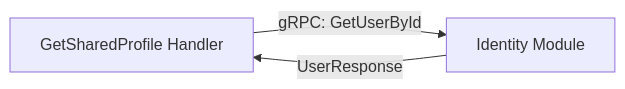
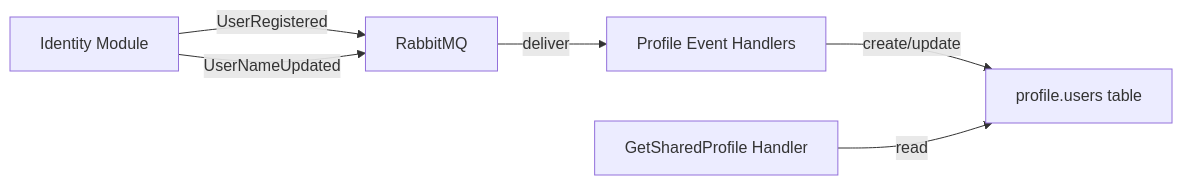
Before and after one commit to AbanoubPhelopos/TailorCV: the first of 3 diagrams in docs/features/profile/get-shared-profile.md, drawn with Mermaid. The commit also changed other lines of this file and 189 other files, not shown here.

````diff
--- a/docs/features/profile/get-shared-profile.md
+++ b/docs/features/profile/get-shared-profile.md
@@ -89,5 +98,8 @@
 ```mermaid
 graph LR
-    A[GetSharedProfile Handler] -->|gRPC: GetUserById| B[Identity Module]
-    B -->|UserResponse| A
+    A[Identity Module] -->|UserRegistered| B[RabbitMQ]
+    A -->|UserNameUpdated| B
+    B -->|deliver| C[Profile Event Handlers]
+    C -->|create/update| D[profile.users table]
+    E[GetSharedProfile Handler] -->|read| D
 ```
````
